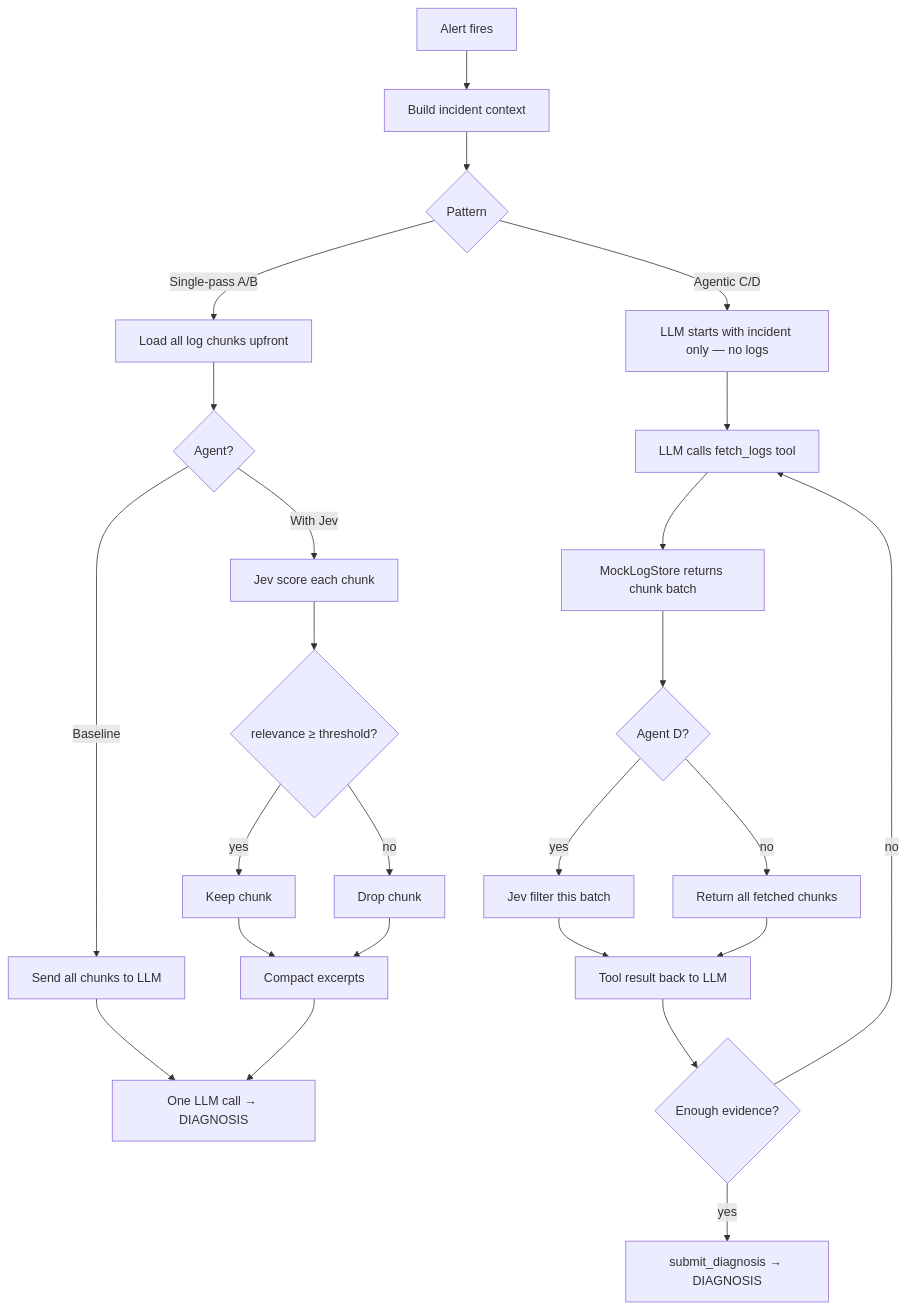
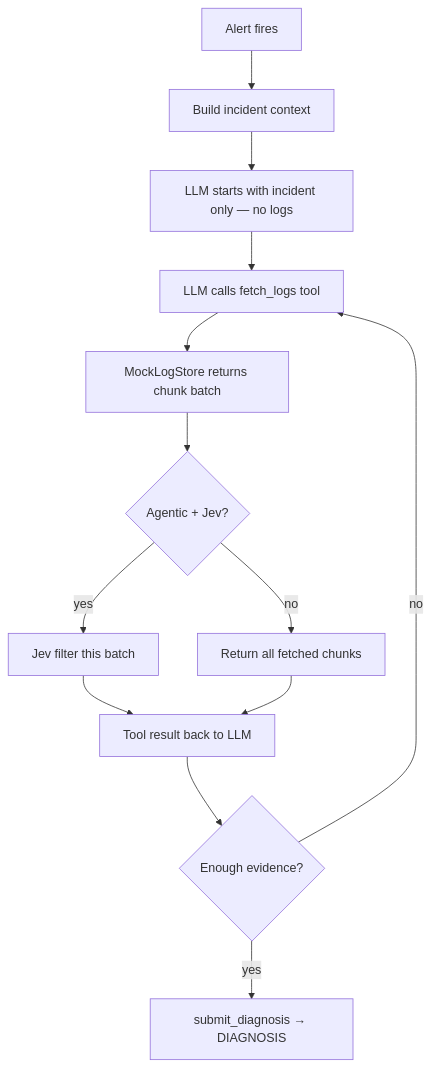
The diagram in README.md (saiky-devops/jev-log-chunk-triage), drawn with Mermaid before and after one commit. The commit also changed other lines of this file and 14 other files, not shown here.

Commit message:
Removed single-pass agents. The repo is agentic-only now

````diff
--- a/README.md
+++ b/README.md
@@ -53,30 +33,15 @@
 ```mermaid
 flowchart TD
     A[Alert fires] --> B[Build incident context]
-
-    B --> P{Pattern}
-
-    P -->|Single-pass A/B| C[Load all log chunks upfront]
-    C --> D{Agent?}
-    D -->|Baseline| F[Send all chunks to LLM]
-    D -->|With Jev| G[Jev score each chunk]
-    G --> H{relevance ≥ threshold?}
-    H -->|yes| I[Keep chunk]
-    H -->|no| J[Drop chunk]
-    I --> K[Compact excerpts]
-    J --> K
-    F --> L[One LLM call → DIAGNOSIS]
-    K --> L
-
-    P -->|Agentic C/D| M[LLM starts with incident only — no logs]
+    B --> M[LLM starts with incident only — no logs]
     M --> N[LLM calls fetch_logs tool]
     N --> O[MockLogStore returns chunk batch]
-    O --> Q{Agent D?}
+    O --> Q{Agentic + Jev?}
     Q -->|yes| R[Jev filter this batch]
     Q -->|no| S[Return all fetched chunks]
     R --> T[Tool result back to LLM]
     S --> T
     T --> U{Enough evidence?}
     U -->|no| N
     U -->|yes| V[submit_diagnosis → DIAGNOSIS]
 ```
````
